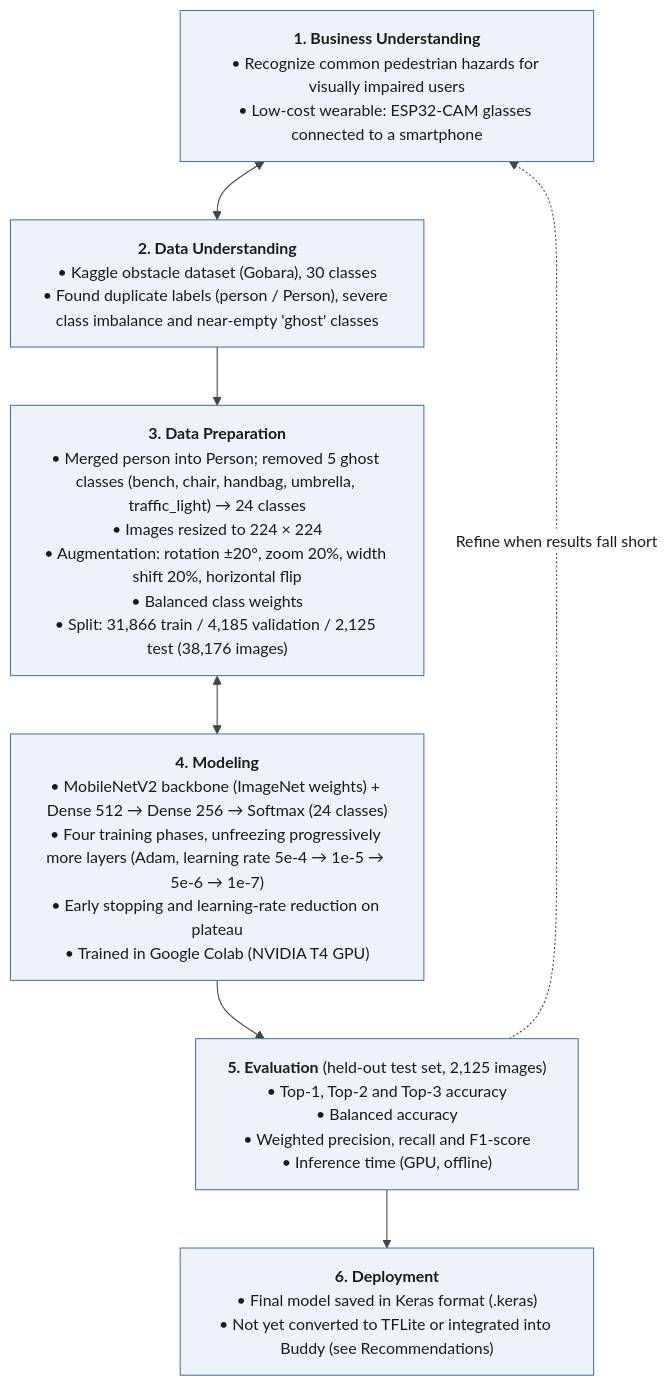
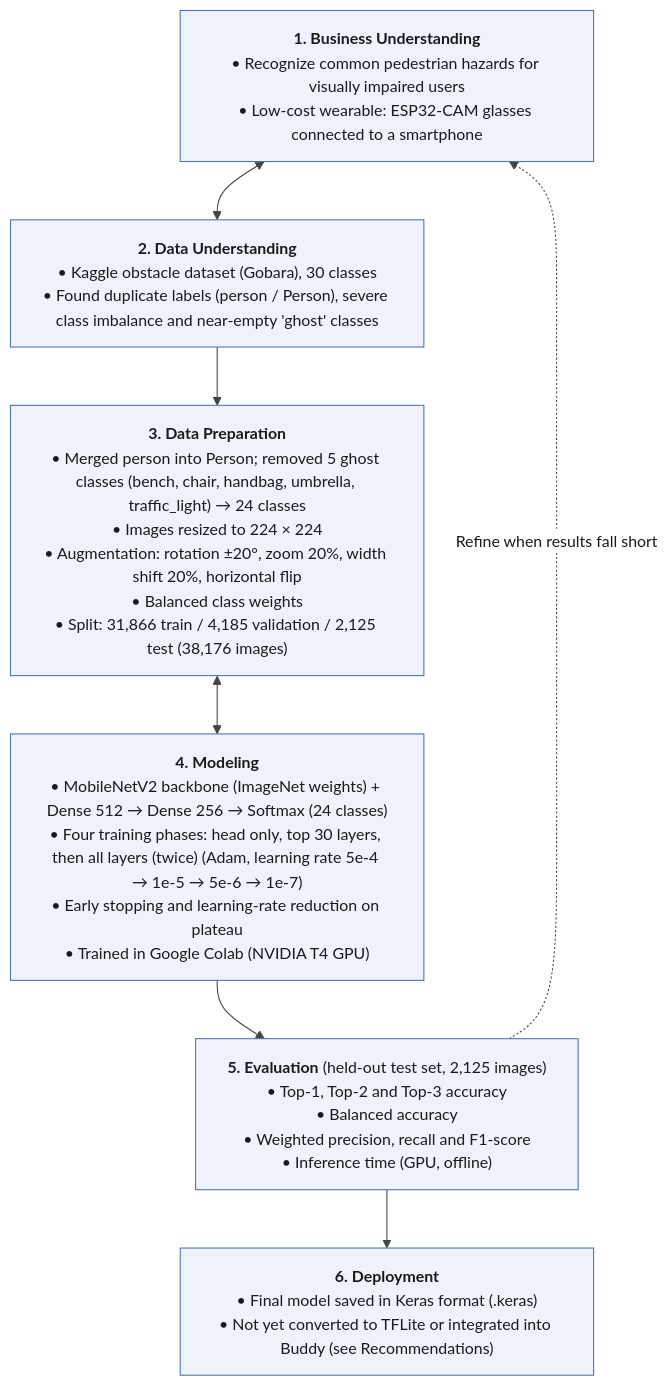
The diagram in docs/figures/02_chapter_3_methodology_lifecycle.md (ciellamher/easylens), drawn with Mermaid before and after one commit. The commit also changed 5 other files, not shown here.

Commit message:
docs(figures): show every recorded dataset count in 3.12; add journal and camera-image flows to 3.7

````diff
--- a/docs/figures/02_chapter_3_methodology_lifecycle.md
+++ b/docs/figures/02_chapter_3_methodology_lifecycle.md
@@ -43,22 +43,22 @@
 ```mermaid
 %%{init: {"theme": "base", "themeVariables": {"primaryColor": "#EEF3FB", "primaryBorderColor": "#4C72B0", "primaryTextColor": "#1A1A1A", "secondaryColor": "#FFF6E5", "tertiaryColor": "#F7F7F7", "lineColor": "#444444", "fontFamily": "arial, sans-serif", "fontSize": "15px", "edgeLabelBackground": "#FFFFFF", "clusterBkg": "#F7F7F7", "clusterBorder": "#9A9A9A", "actorBkg": "#EEF3FB", "actorBorder": "#4C72B0", "actorTextColor": "#1A1A1A", "actorLineColor": "#9A9A9A", "signalColor": "#333333", "signalTextColor": "#1A1A1A", "noteBkgColor": "#F2F2F2", "noteBorderColor": "#9A9A9A", "labelBoxBkgColor": "#F2F2F2", "labelBoxBorderColor": "#9A9A9A", "loopTextColor": "#1A1A1A", "activationBkgColor": "#EEF3FB"}, "flowchart": {"wrappingWidth": 330, "nodeSpacing": 40, "rankSpacing": 55}, "fontFamily": "arial, sans-serif"}}%%
 flowchart TD
     BU["<b>1. Business Understanding</b><br/>• Recognize common pedestrian hazards for visually impaired users<br/>• Low-cost wearable: ESP32-CAM glasses connected to a smartphone"]
 
     DU["<b>2. Data Understanding</b><br/>• Kaggle obstacle dataset (Gobara), 30 classes<br/>• Found duplicate labels (person / Person), severe class imbalance and near-empty 'ghost' classes"]
 
     DP["<b>3. Data Preparation</b><br/>• Merged person into Person; removed 5 ghost classes (bench, chair, handbag, umbrella, traffic_light) → 24 classes<br/>• Images resized to 224 × 224<br/>• Augmentation: rotation ±20°, zoom 20%, width shift 20%, horizontal flip<br/>• Balanced class weights<br/>• Split: 31,866 train / 4,185 validation / 2,125 test (38,176 images)"]
 
-    M["<b>4. Modeling</b><br/>• MobileNetV2 backbone (ImageNet weights) + Dense 512 → Dense 256 → Softmax (24 classes)<br/>• Four training phases, unfreezing progressively more layers (Adam, learning rate 5e-4 → 1e-5 → 5e-6 → 1e-7)<br/>• Early stopping and learning-rate reduction on plateau<br/>• Trained in Google Colab (NVIDIA T4 GPU)"]
+    M["<b>4. Modeling</b><br/>• MobileNetV2 backbone (ImageNet weights) + Dense 512 → Dense 256 → Softmax (24 classes)<br/>• Four training phases: head only, top 30 layers, then all layers (twice) (Adam, learning rate 5e-4 → 1e-5 → 5e-6 → 1e-7)<br/>• Early stopping and learning-rate reduction on plateau<br/>• Trained in Google Colab (NVIDIA T4 GPU)"]
 
     EV["<b>5. Evaluation</b> (held-out test set, 2,125 images)<br/>• Top-1, Top-2 and Top-3 accuracy<br/>• Balanced accuracy<br/>• Weighted precision, recall and F1-score<br/>• Inference time (GPU, offline)"]
 
     DEP["<b>6. Deployment</b><br/>• Final model saved in Keras format (.keras)<br/>• Not yet converted to TFLite or integrated into Buddy (see Recommendations)"]
 
     BU <--> DU
     DU --> DP
     DP <--> M
     M --> EV
     EV --> DEP
     EV -.->|Refine when results fall short| BU
 ```
````
